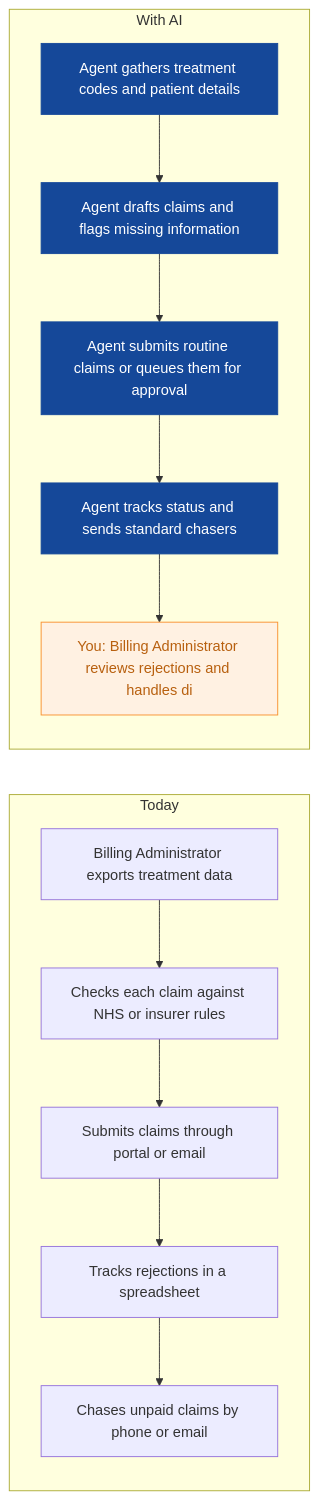
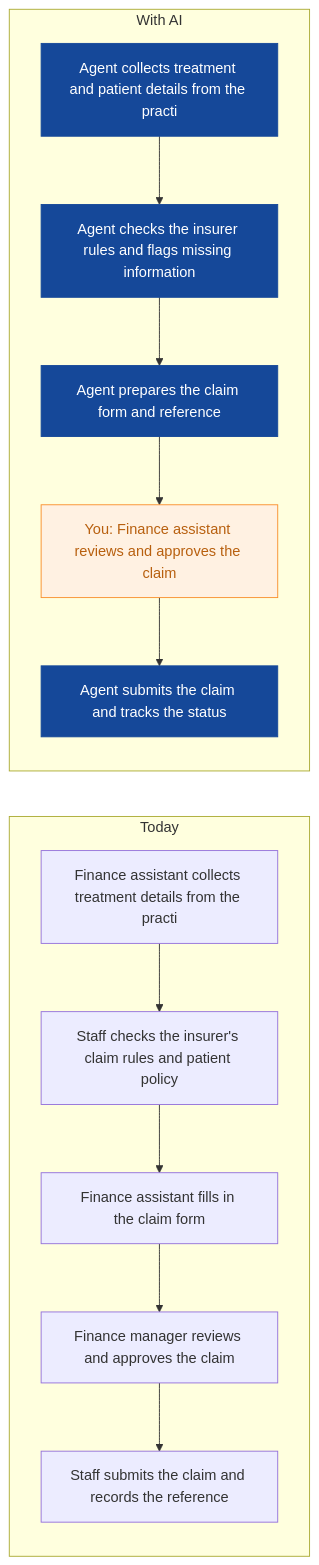
Before and after one commit to nexibeo/Complete-AI-Strategy: the third of 9 diagrams in strategies/maple-sage-dental.md, drawn with Mermaid. The commit also changed other lines of this file and 26 other files, not shown here.

````diff
--- a/strategies/maple-sage-dental.md
+++ b/strategies/maple-sage-dental.md
@@ -76,23 +110,23 @@
 ```mermaid
 flowchart LR
   subgraph Today
-    B0["Billing Administrator exports treatment data"]
-    B1["Checks each claim against NHS or insurer rules"]
-    B2["Submits claims through portal or email"]
-    B3["Tracks rejections in a spreadsheet"]
-    B4["Chases unpaid claims by phone or email"]
+    B0["Finance assistant collects treatment details from the practi"]
+    B1["Staff checks the insurer's claim rules and patient policy"]
+    B2["Finance assistant fills in the claim form"]
+    B3["Finance manager reviews and approves the claim"]
+    B4["Staff submits the claim and records the reference"]
     B0 --> B1 --> B2 --> B3 --> B4
   end
   subgraph WithAI[With AI]
-    A0["Agent gathers treatment codes and patient details"]
-    A1["Agent drafts claims and flags missing information"]
-    A2["Agent submits routine claims or queues them for approval"]
-    A3["Agent tracks status and sends standard chasers"]
-    A4["You: Billing Administrator reviews rejections and handles di"]
+    A0["Agent collects treatment and patient details from the practi"]
+    A1["Agent checks the insurer rules and flags missing information"]
+    A2["Agent prepares the claim form and reference"]
+    A3["You: Finance assistant reviews and approves the claim"]
+    A4["Agent submits the claim and tracks the status"]
     A0 --> A1 --> A2 --> A3 --> A4
   end
   classDef ai fill:#154899,color:#fff,stroke:#154899
   classDef human fill:#FFF1E2,color:#B8600F,stroke:#F98F2C
-  class A0,A1,A2,A3 ai
-  class A4 human
+  class A0,A1,A2,A4 ai
+  class A3 human
 ```
````
